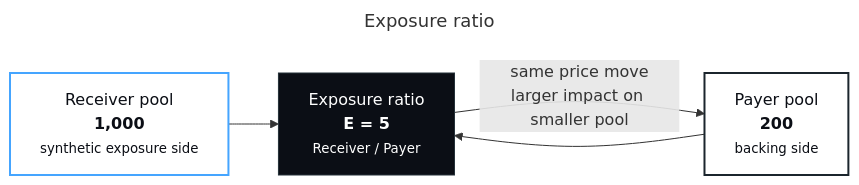
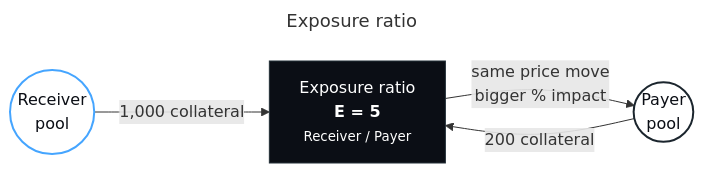
The diagram in diagrams/exposure-ratio.mmd (Null-Solutions/v1-docs), drawn with Mermaid before and after one commit. The commit also changed 11 other files, not shown here.

Commit message:
Make docs pool diagrams circular

```diff
--- a/diagrams/exposure-ratio.mmd
+++ b/diagrams/exposure-ratio.mmd
@@ -1,18 +1,18 @@
 ---
 title: Exposure ratio
 ---
 flowchart LR
-  receiver["Receiver pool<br/><strong>1,000</strong><br/><small>synthetic exposure side</small>"]
-  payer["Payer pool<br/><strong>200</strong><br/><small>backing side</small>"]
+  receiver(("Receiver<br/>pool"))
+  payer(("Payer<br/>pool"))
   ratio["Exposure ratio<br/><strong>E = 5</strong><br/><small>Receiver / Payer</small>"]
 
-  receiver --> ratio
-  payer --> ratio
-  ratio -- "same price move<br/>larger impact on smaller pool" --> payer
+  receiver -- "1,000 collateral" --> ratio
+  payer -- "200 collateral" --> ratio
+  ratio -- "same price move<br/>bigger % impact" --> payer
 
   classDef receiver fill:#FFFFFF,color:#0B0E15,stroke:#45A5FF,stroke-width:2px;
   classDef payer fill:#FFFFFF,color:#0B0E15,stroke:#1B252D,stroke-width:2px;
   classDef core fill:#0B0E15,color:#FFFFFF,stroke:#243038,stroke-width:1px;
   class receiver receiver;
   class payer payer;
   class ratio core;
```
